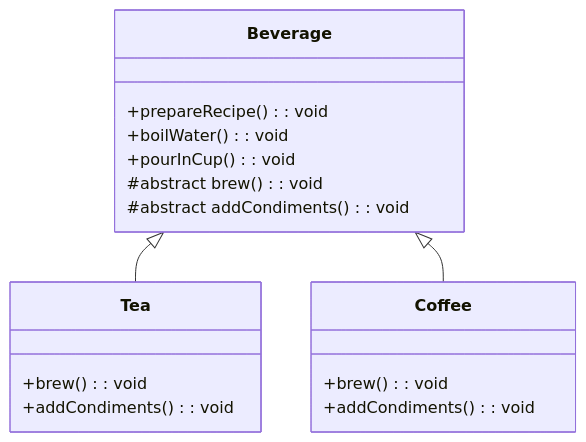
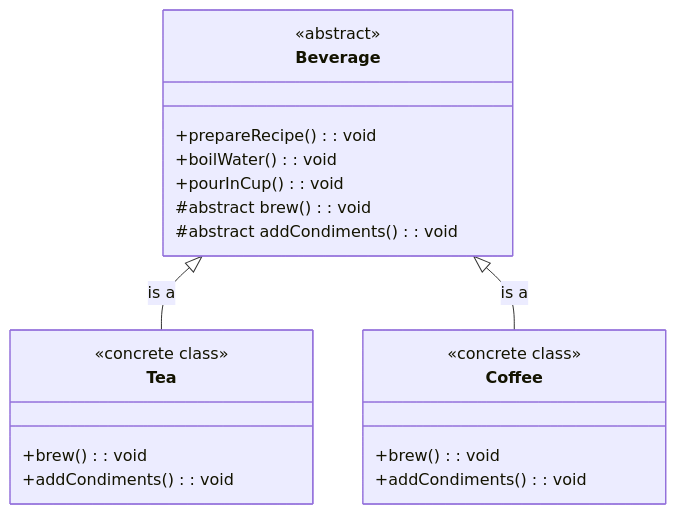
The diagram in behavioral/TemplateMethod/TemplateMethod.md (sachinyadav111140/designPattern), drawn with Mermaid before and after one commit.

Commit message:
class diagram

````diff
--- a/behavioral/TemplateMethod/TemplateMethod.md
+++ b/behavioral/TemplateMethod/TemplateMethod.md
@@ -124,23 +124,26 @@
 ```mermaid
 classDiagram
     class Beverage {
+        <<abstract>>
         +prepareRecipe() : void
         +boilWater() : void
         +pourInCup() : void
         #abstract brew() : void
         #abstract addCondiments() : void
     }
 
     class Tea {
+        <<concrete class>>
         +brew() : void
         +addCondiments() : void
     }
 
     class Coffee {
+        <<concrete class>>
         +brew() : void
         +addCondiments() : void
     }
 
-    Beverage <|-- Tea
-    Beverage <|-- Coffee
+    Beverage <|-- Tea : is a
+    Beverage <|-- Coffee : is a
 ```
````
